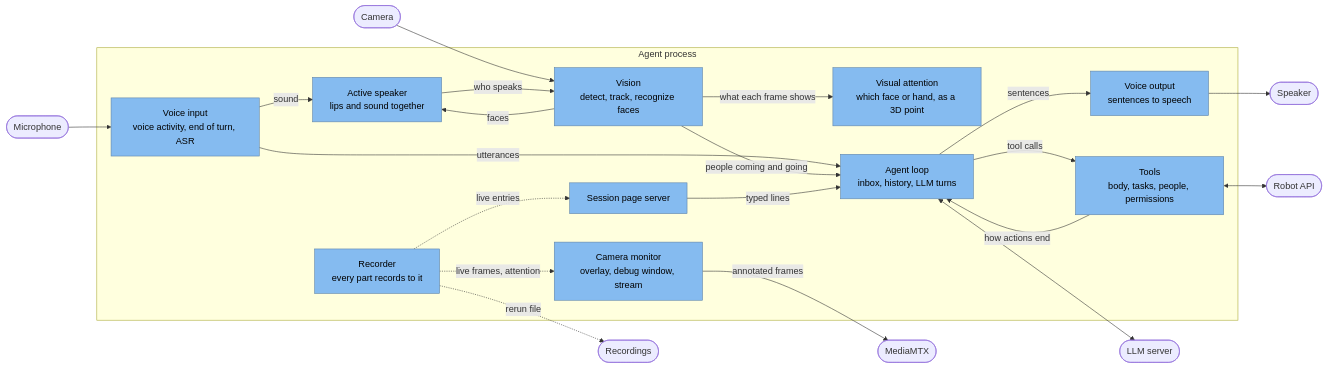
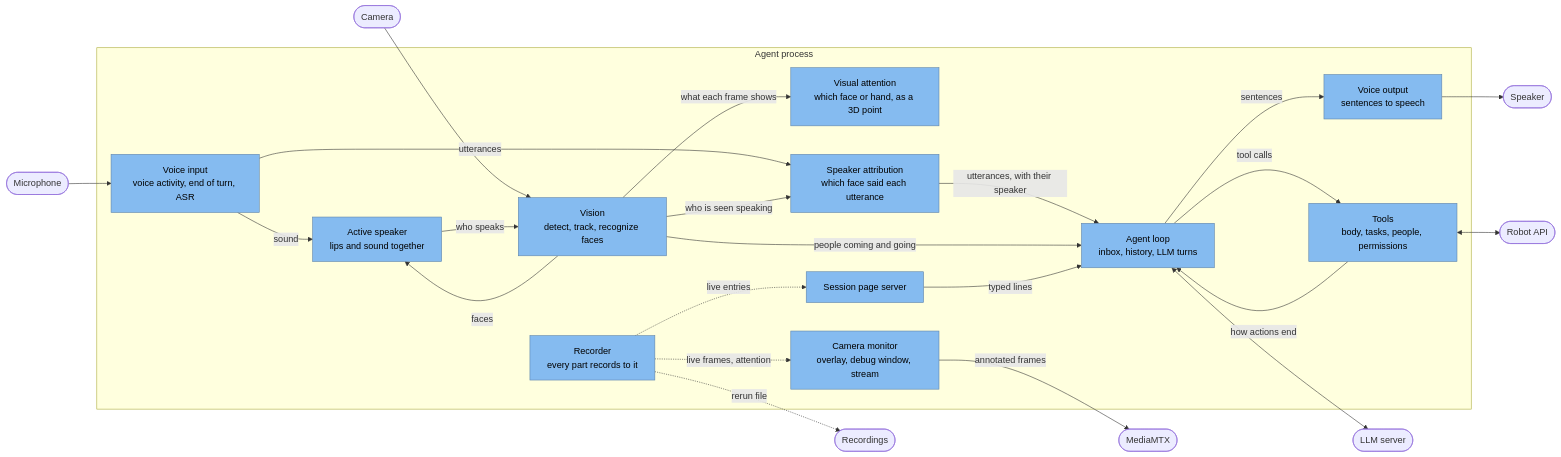
Before and after one commit to lokiledev/robot-voice-agent: the third of 9 diagrams in docs/ARCHITECTURE.md, drawn with Mermaid. The commit also changed other lines of this file and 28 other files, not shown here.

First line of the commit message:
Attribute each utterance to the face seen speaking it

````diff
--- a/docs/ARCHITECTURE.md
+++ b/docs/ARCHITECTURE.md
@@ -90,37 +90,40 @@
 ```mermaid
 flowchart LR
     mic([Microphone]) --> vin
     cam([Camera]) --> vision
     subgraph process ["Agent process"]
         vin["Voice input<br/>voice activity, end of turn, ASR"]
         vision["Vision<br/>detect, track, recognize faces"]
         asd["Active speaker<br/>lips and sound together"]
         att["Visual attention<br/>which face or hand, as a 3D point"]
+        who["Speaker attribution<br/>which face said each utterance"]
         mon["Camera monitor<br/>overlay, debug window, stream"]
         ui["Session page server"]
         loop["Agent loop<br/>inbox, history, LLM turns"]
         tools["Tools<br/>body, tasks, people, permissions"]
         vout["Voice output<br/>sentences to speech"]
         rec["Recorder<br/>every part records to it"]
     end
-    vin -- "utterances" --> loop
+    vin -- "utterances" --> who
+    vision -- "who is seen speaking" --> who
+    who -- "utterances, with their speaker" --> loop
     vin -- "sound" --> asd
     vision -- "faces" --> asd
     asd -- "who speaks" --> vision
     vision -- "people coming and going" --> loop
     vision -- "what each frame shows" --> att
     ui -- "typed lines" --> loop
     loop -- "sentences" --> vout
     loop -- "tool calls" --> tools
     tools -- "how actions end" --> loop
     loop <--> llm([LLM server])
     tools <--> robot([Robot API])
     vout --> spk([Speaker])
     rec -. "live frames, attention" .-> mon
     mon -- "annotated frames" --> mtx([MediaMTX])
     rec -. "live entries" .-> ui
     rec -. "rerun file" .-> disk([Recordings])
 
     classDef component fill:#85bbf0,stroke:#5d82a8,color:#000
-    class vin,vision,asd,att,mon,loop,tools,vout,ui,rec component
+    class vin,vision,asd,att,who,mon,loop,tools,vout,ui,rec component
 ```
````
